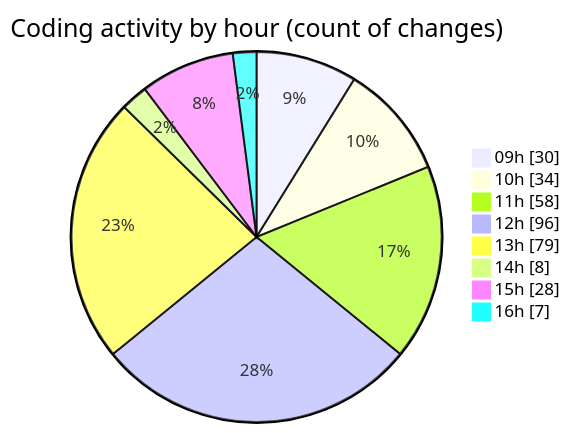
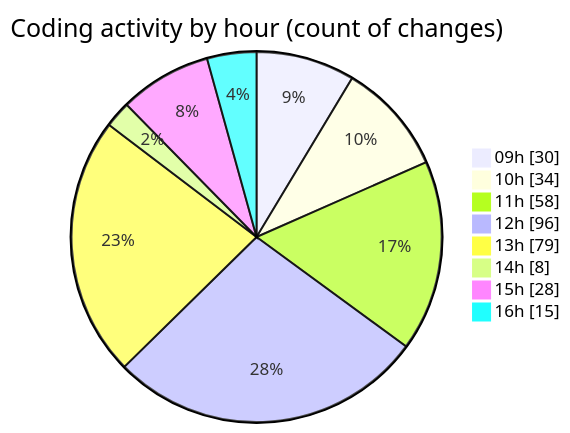
Before and after one commit to momahboobian/code-tracking: the second of 2 diagrams in 2025-04-02/cda/README.md, drawn with Mermaid. The commit also changed other lines of this file and 1 other file, not shown here.

````diff
--- a/2025-04-02/cda/README.md
+++ b/2025-04-02/cda/README.md
@@ -38,12 +38,12 @@
 ```mermaid
 pie showData
 title Coding activity by hour (count of changes)
 "09h" : 30
 "10h" : 34
 "11h" : 58
 "12h" : 96
 "13h" : 79
 "14h" : 8
 "15h" : 28
-"16h" : 7
+"16h" : 15
 ```
````
